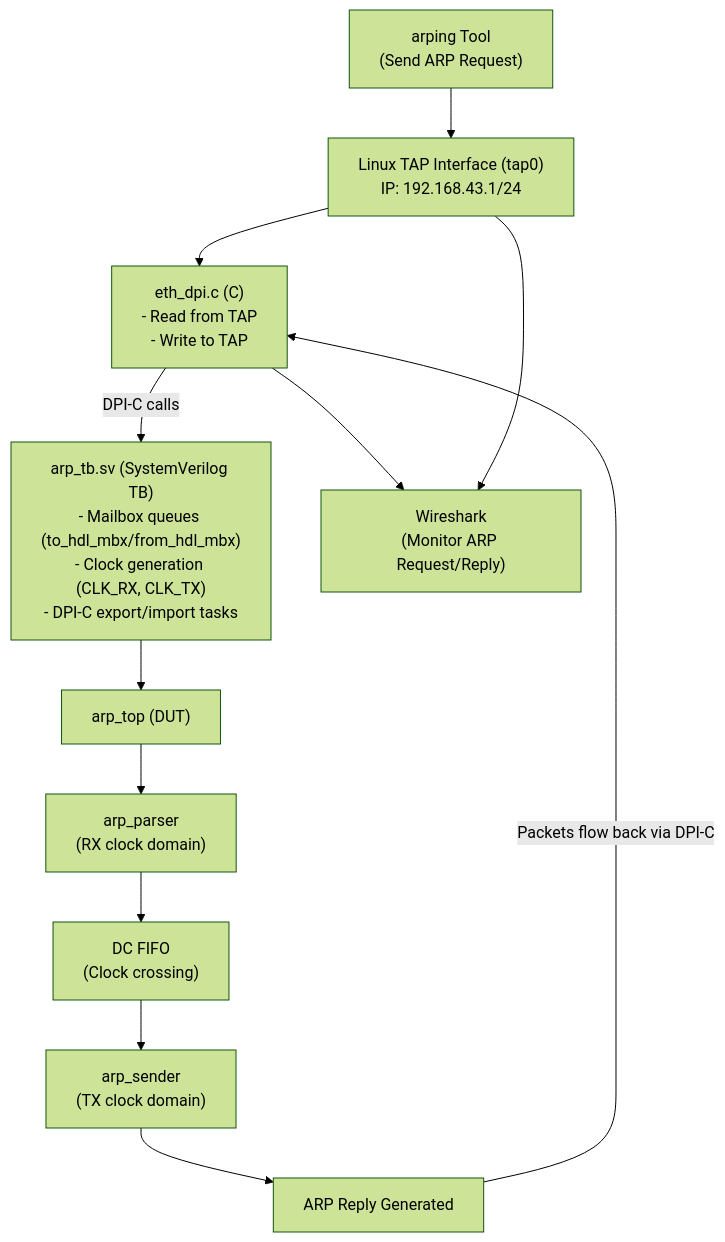
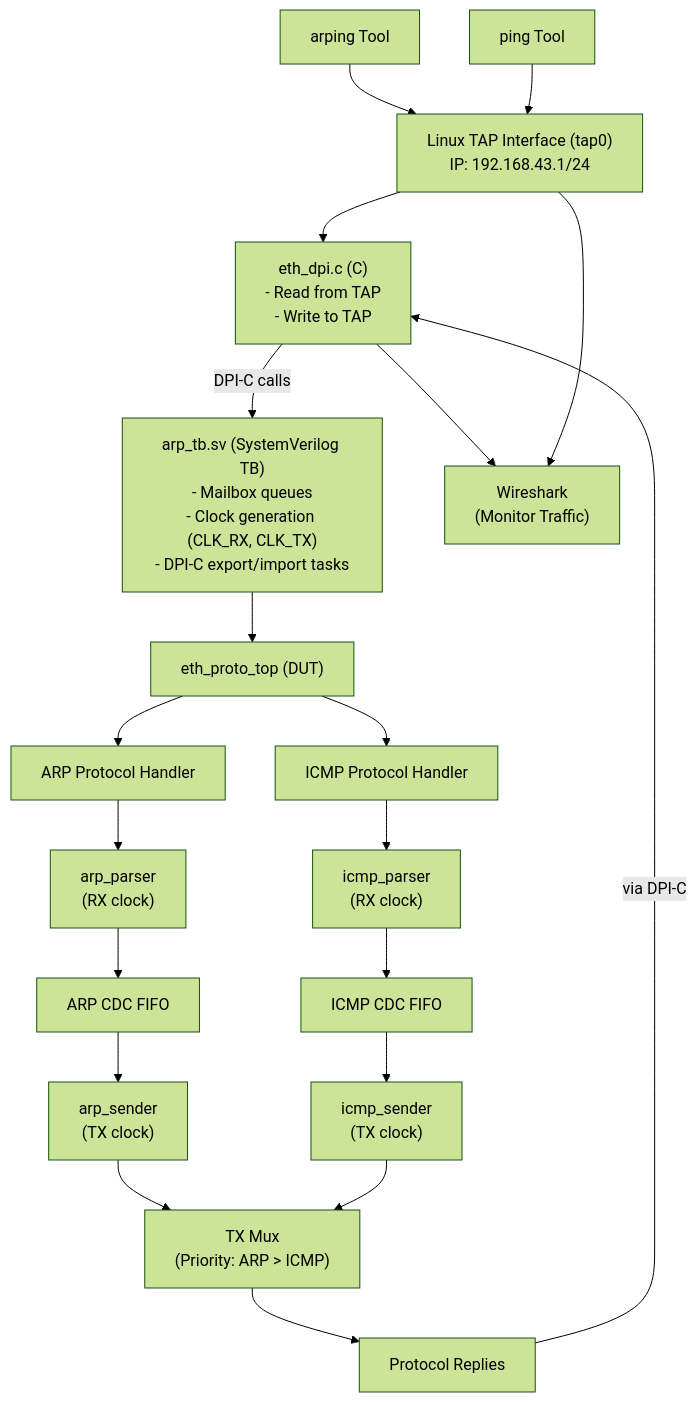
The diagram in README.md (vae-tech/eth_arp_dpi), drawn with Mermaid (forest theme) before and after one commit. The commit also changed other lines of this file and 2 other files, not shown here.

````diff
--- a/README.md
+++ b/README.md
@@ -21,14 +25,27 @@
 ```mermaid
 flowchart TD
-    A["arping Tool<br/>(Send ARP Request)"] --> B["Linux TAP Interface (tap0)<br/>IP: 192.168.43.1/24"]
-    B --> C["eth_dpi.c (C)<br/>- Read from TAP<br/>- Write to TAP"]
-    C -->|DPI-C calls| D["arp_tb.sv (SystemVerilog TB)<br/>- Mailbox queues (to_hdl_mbx/from_hdl_mbx)<br/>- Clock generation (CLK_RX, CLK_TX)<br/>- DPI-C export/import tasks"]
-    D --> E["arp_top (DUT)"]
-    E --> F["arp_parser<br/>(RX clock domain)"]
-    F --> G["DC FIFO<br/>(Clock crossing)"]
-    G --> H["arp_sender<br/>(TX clock domain)"]
-    H --> I["ARP Reply Generated"]
-    I -->|Packets flow back via DPI-C| C
-    C --> J["Wireshark<br/>(Monitor ARP Request/Reply)"]
-    B --> J
+    A1["arping Tool"] --> TAP["Linux TAP Interface (tap0)<br/>IP: 192.168.43.1/24"]
+    A2["ping Tool"] --> TAP
+    TAP --> C["eth_dpi.c (C)<br/>- Read from TAP<br/>- Write to TAP"]
+    C -->|DPI-C calls| TB["arp_tb.sv (SystemVerilog TB)<br/>- Mailbox queues<br/>- Clock generation (CLK_RX, CLK_TX)<br/>- DPI-C export/import tasks"]
+    TB --> TOP["eth_proto_top (DUT)"]
+    
+    TOP --> ARP_MOD["ARP Protocol Handler"]
+    TOP --> ICMP_MOD["ICMP Protocol Handler"]
+    
+    ARP_MOD --> ARP_P["arp_parser<br/>(RX clock)"]
+    ARP_P --> ARP_F["ARP CDC FIFO"]
+    ARP_F --> ARP_S["arp_sender<br/>(TX clock)"]
+    
+    ICMP_MOD --> ICMP_P["icmp_parser<br/>(RX clock)"]
+    ICMP_P --> ICMP_F["ICMP CDC FIFO"]
+    ICMP_F --> ICMP_S["icmp_sender<br/>(TX clock)"]
+    
+    ARP_S --> MUX["TX Mux<br/>(Priority: ARP > ICMP)"]
+    ICMP_S --> MUX
+    
+    MUX --> REPLY["Protocol Replies"]
+    REPLY -->|via DPI-C| C
+    C --> WS["Wireshark<br/>(Monitor Traffic)"]
+    TAP --> WS
 ```
````
